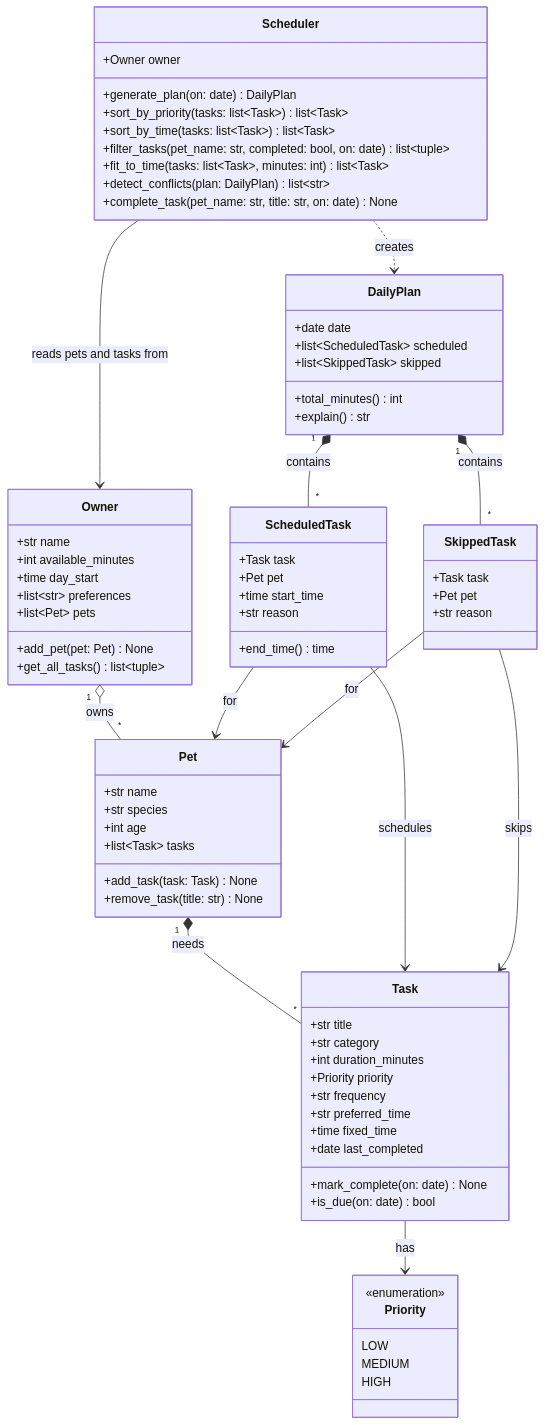
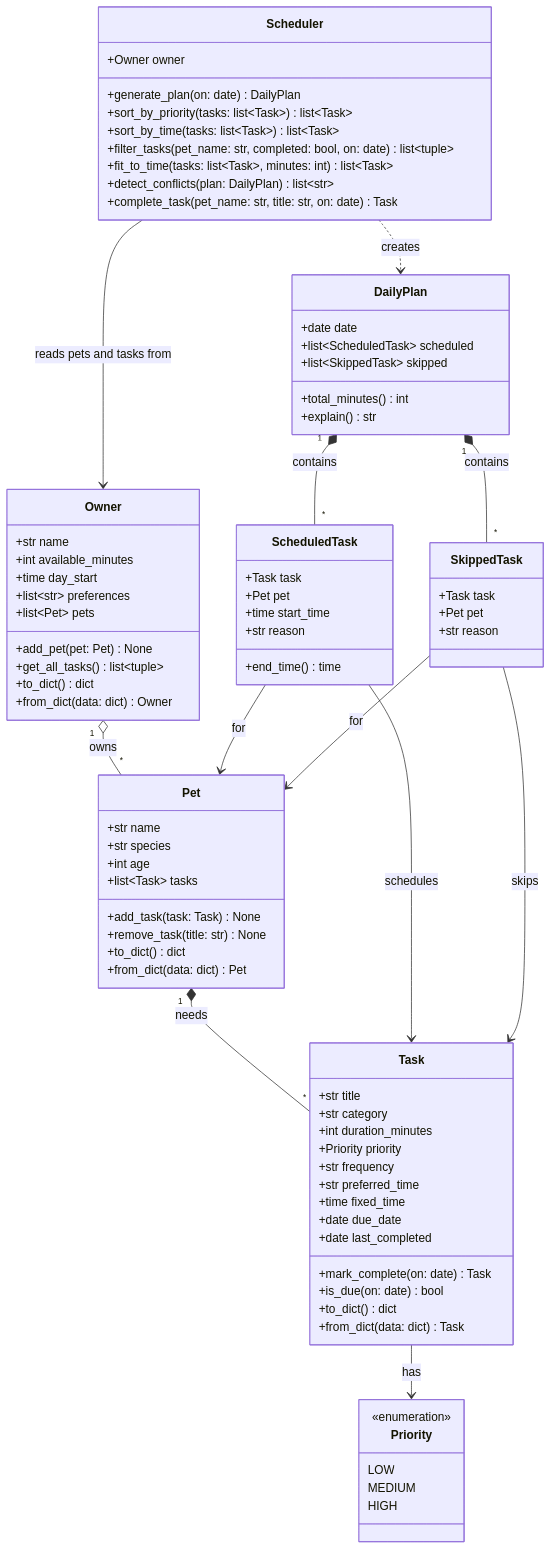
Before and after one commit to shaneilrose2/ai110-module2show-pawpal-starter: the diagram in diagrams/uml_final.mmd, drawn with Mermaid. The commit also changed 6 other files, not shown here.

```diff
--- a/diagrams/uml_final.mmd
+++ b/diagrams/uml_final.mmd
@@ -1,86 +1,93 @@
 classDiagram
     %% PawPal+ design. Keep this file updated so it matches your final implementation.
 
     class Owner {
         +str name
         +int available_minutes
         +time day_start
         +list~str~ preferences
         +list~Pet~ pets
         +add_pet(pet: Pet) None
         +get_all_tasks() list~tuple~
+        +to_dict() dict
+        +from_dict(data: dict) Owner
     }
 
     class Pet {
         +str name
         +str species
         +int age
         +list~Task~ tasks
         +add_task(task: Task) None
         +remove_task(title: str) None
+        +to_dict() dict
+        +from_dict(data: dict) Pet
     }
 
     class Task {
         +str title
         +str category
         +int duration_minutes
         +Priority priority
         +str frequency
         +str preferred_time
         +time fixed_time
+        +date due_date
         +date last_completed
-        +mark_complete(on: date) None
+        +mark_complete(on: date) Task
         +is_due(on: date) bool
+        +to_dict() dict
+        +from_dict(data: dict) Task
     }
 
     class Priority {
         <<enumeration>>
         LOW
         MEDIUM
         HIGH
     }
 
     class Scheduler {
         +Owner owner
         +generate_plan(on: date) DailyPlan
         +sort_by_priority(tasks: list~Task~) list~Task~
         +sort_by_time(tasks: list~Task~) list~Task~
         +filter_tasks(pet_name: str, completed: bool, on: date) list~tuple~
         +fit_to_time(tasks: list~Task~, minutes: int) list~Task~
         +detect_conflicts(plan: DailyPlan) list~str~
-        +complete_task(pet_name: str, title: str, on: date) None
+        +complete_task(pet_name: str, title: str, on: date) Task
     }
 
     class DailyPlan {
         +date date
         +list~ScheduledTask~ scheduled
         +list~SkippedTask~ skipped
         +total_minutes() int
         +explain() str
     }
 
     class ScheduledTask {
         +Task task
         +Pet pet
         +time start_time
         +str reason
         +end_time() time
     }
 
     class SkippedTask {
         +Task task
         +Pet pet
         +str reason
     }
 
     Owner "1" o-- "*" Pet : owns
     Pet "1" *-- "*" Task : needs
     Task --> Priority : has
     Scheduler --> Owner : reads pets and tasks from
     Scheduler ..> DailyPlan : creates
     DailyPlan "1" *-- "*" ScheduledTask : contains
     DailyPlan "1" *-- "*" SkippedTask : contains
     ScheduledTask --> Task : schedules
     ScheduledTask --> Pet : for
     SkippedTask --> Task : skips
     SkippedTask --> Pet : for
```
